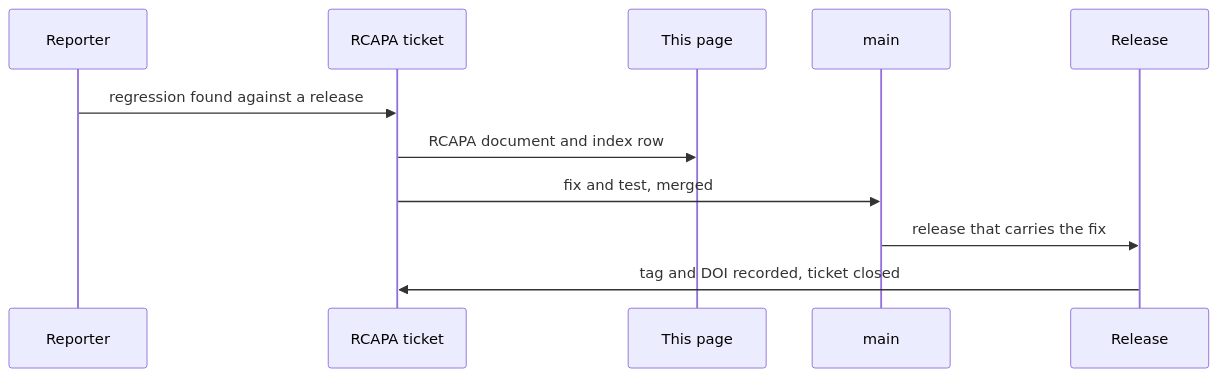
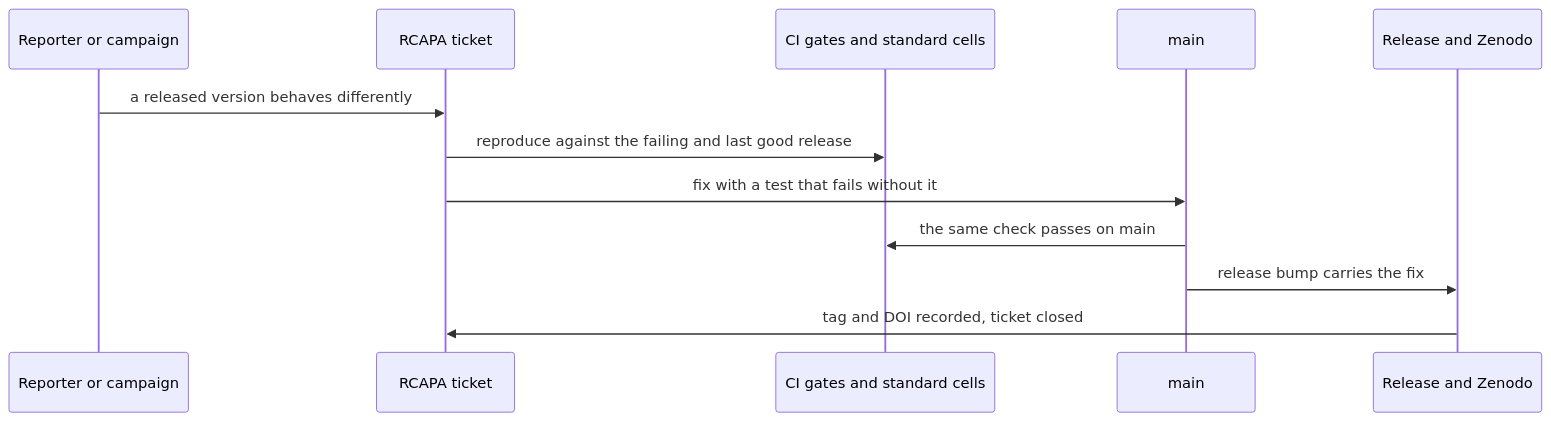
One commit to swarm-routing/AntHocNet changed the diagram in docs/rcapa/README.md. Above: the diagram before and after it, drawn with Mermaid. The commit also changed other lines of this file and 2 other files, not shown here.

First line of the commit message:
docs(rcapa): this project's rcapa flow (#1089)

````diff
--- a/docs/rcapa/README.md
+++ b/docs/rcapa/README.md
@@ -29,13 +35,14 @@
 ```mermaid
 sequenceDiagram
-    participant U as Reporter
+    participant U as Reporter or campaign
     participant T as RCAPA ticket
-    participant D as This page
+    participant G as CI gates and standard cells
     participant M as main
-    participant R as Release
-    U->>T: regression found against a release
-    T->>D: RCAPA document and index row
-    T->>M: fix and test, merged
-    M->>R: release that carries the fix
+    participant R as Release and Zenodo
+    U->>T: a released version behaves differently
+    T->>G: reproduce against the failing and last good release
+    T->>M: fix with a test that fails without it
+    M->>G: the same check passes on main
+    M->>R: release bump carries the fix
     R->>T: tag and DOI recorded, ticket closed
 ```
````
